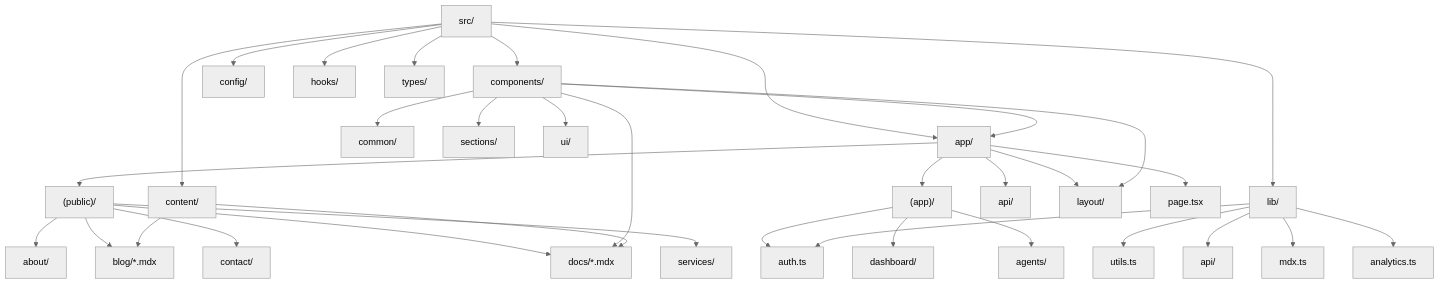
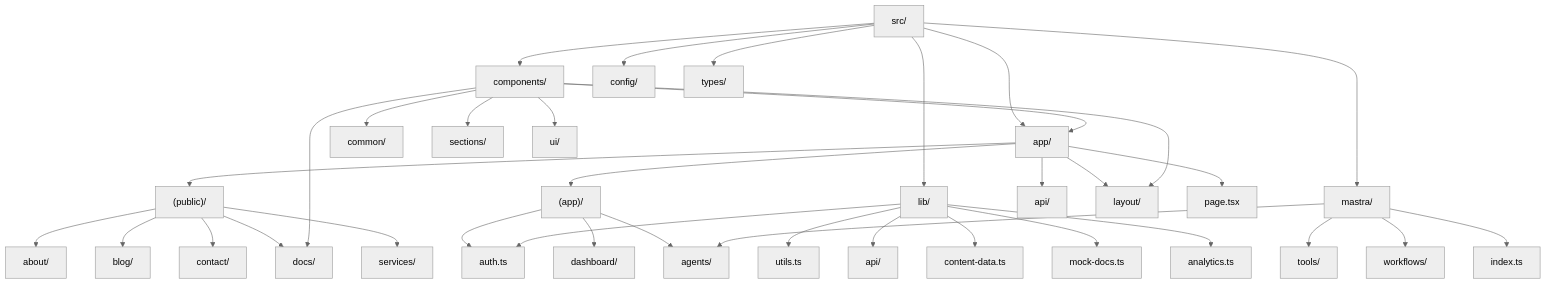
The third of 5 diagrams in README.md (ssdeanx/deanmachines-front), drawn with Mermaid (neutral theme) before and after one commit. The commit also changed other lines of this file and 26 other files, not shown here.

````diff
--- a/README.md
+++ b/README.md
@@ -226,42 +224,44 @@
 ```mermaid
 flowchart TD
     src[src/] --> app[app/]
     src --> components[components/]
     src --> config[config/]
-    src --> content[content/]
-    src --> hooks[hooks/]
     src --> lib[lib/]
     src --> types[types/]
+    src --> mastra[mastra/]
 
     app --> publicPages["(public)/"]
     app --> appPages["(app)/"]
     app --> apiRoutes["api/"]
     app --> layout["layout.tsx"]
     app --> page["page.tsx"]
 
     publicPages --> about["about/"]
     publicPages --> blog["blog/"]
     publicPages --> contact["contact/"]
     publicPages --> docs["docs/"]
     publicPages --> services["services/"]
 
     appPages --> auth["auth/"]
     appPages --> dashboard["dashboard/"]
     appPages --> agents["agents/"]
 
     components --> common["common/"]
     components --> docs["docs/"]
     components --> layout["layout/"]
     components --> sections["sections/"]
     components --> ui["ui/"]
     components --> app["app/"]
 
-    content --> blog["blog/*.mdx"]
-    content --> docs["docs/*.mdx"]
-
     lib --> utils["utils.ts"]
     lib --> api["api/"]
     lib --> auth["auth.ts"]
-    lib --> mdx["mdx.ts"]
+    lib --> contentData["content-data.ts"]
+    lib --> mockDocs["mock-docs.ts"]
     lib --> analytics["analytics.ts"]
+
+    mastra --> agents["agents/"]
+    mastra --> tools["tools/"]
+    mastra --> workflows["workflows/"]
+    mastra --> indexTs["index.ts"]
 ```
````
